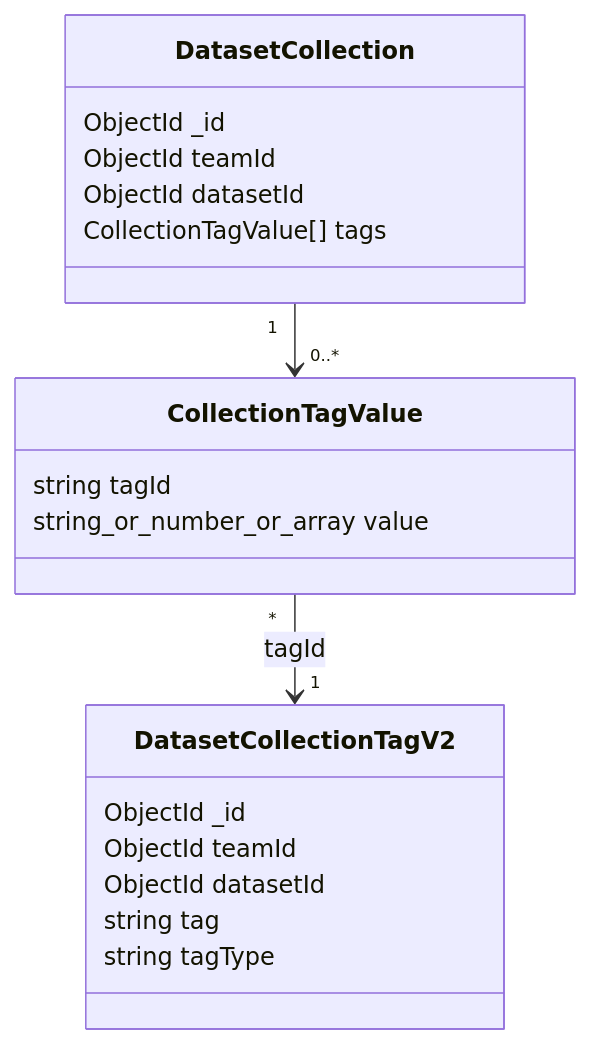
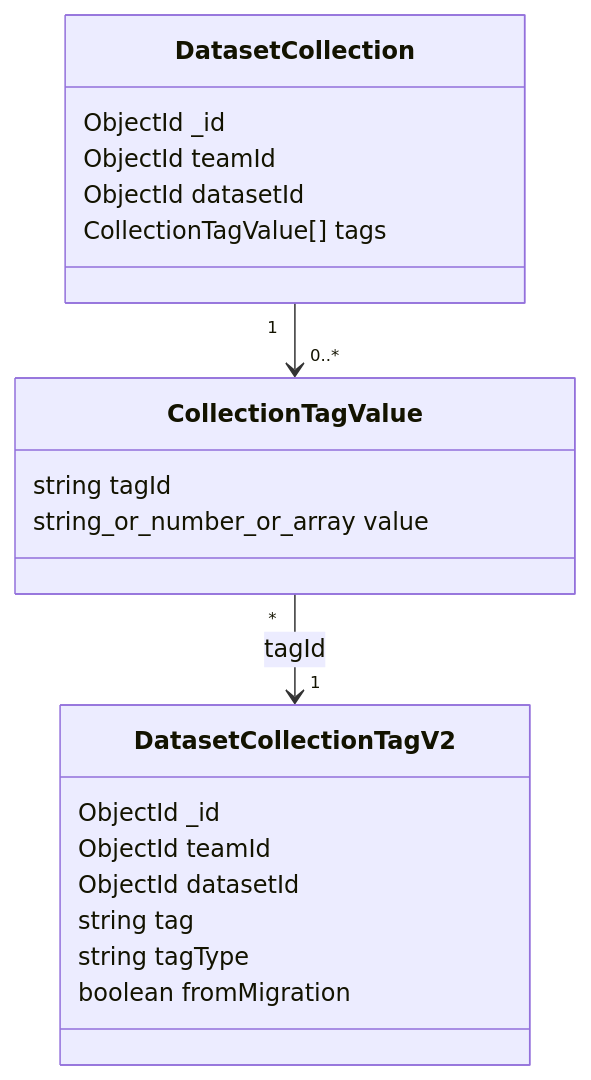
Before and after one commit to labring/FastGPT: the second of 4 diagrams in .agents/design/知识库标签-设计文档.md, drawn with Mermaid. The commit also changed other lines of this file and 13 other files, not shown here.

````diff
--- a/.agents/design/知识库标签-设计文档.md
+++ b/.agents/design/知识库标签-设计文档.md
@@ -192,22 +194,23 @@
 ```mermaid
 classDiagram
   class DatasetCollectionTagV2 {
     ObjectId _id
     ObjectId teamId
     ObjectId datasetId
     string tag
     string tagType
+    boolean fromMigration
   }
   class CollectionTagValue {
     string tagId
     string_or_number_or_array value
   }
   class DatasetCollection {
     ObjectId _id
     ObjectId teamId
     ObjectId datasetId
     CollectionTagValue[] tags
   }
   DatasetCollection "1" --> "0..*" CollectionTagValue
   CollectionTagValue "*" --> "1" DatasetCollectionTagV2 : tagId
 ```
````
